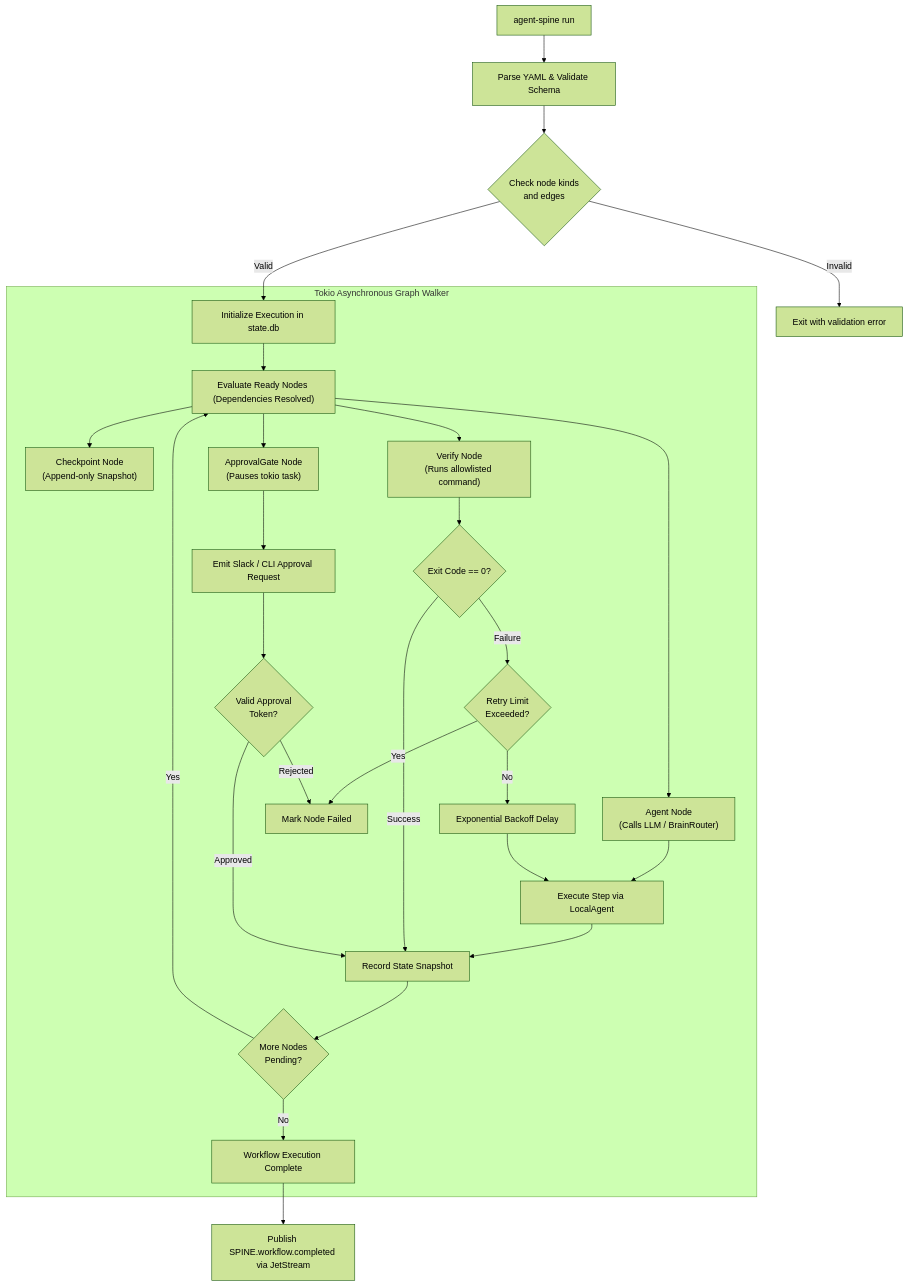
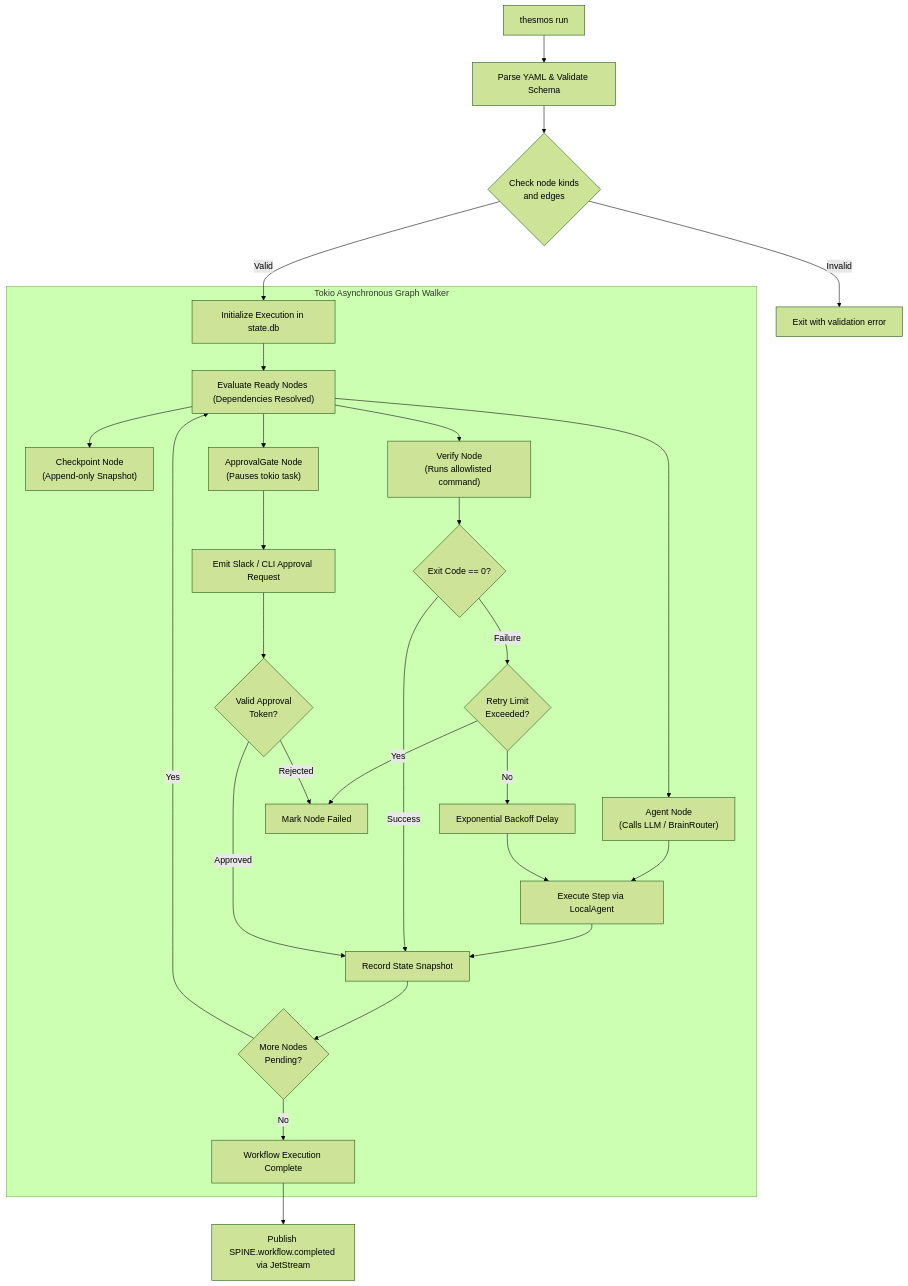
Before and after one commit to autonomic-ai-dev/agent-spine: the diagram in CONTEXT.md, drawn with Mermaid (forest theme). The commit also changed other lines of this file and 112 other files, not shown here.

First line of the commit message:
Rename agent-spine to thesmos and publish 1.1.0-rc2 (#62)

````diff
--- a/CONTEXT.md
+++ b/CONTEXT.md
@@ -29,36 +29,36 @@
 ```mermaid
 flowchart TD
-    RunCmd["agent-spine run <workflow.yaml>"] --> Parse["Parse YAML & Validate Schema"]
+    RunCmd["thesmos run <workflow.yaml>"] --> Parse["Parse YAML & Validate Schema"]
     Parse --> Validated{"Check node kinds<br>and edges"}
     Validated -->|Invalid| ErrExit["Exit with validation error"]
     Validated -->|Valid| InitState["Initialize Execution in state.db"]
 
     subgraph DAGExecution ["Tokio Asynchronous Graph Walker"]
         InitState --> Walk["Evaluate Ready Nodes (Dependencies Resolved)"]
         
         Walk --> AgentNode["Agent Node<br>(Calls LLM / BrainRouter)"]
         Walk --> CheckpointNode["Checkpoint Node<br>(Append-only Snapshot)"]
         Walk --> VerifyNode["Verify Node<br>(Runs allowlisted command)"]
         Walk --> GateNode["ApprovalGate Node<br>(Pauses tokio task)"]
         
         AgentNode --> ExecNode["Execute Step via LocalAgent"]
         ExecNode --> SaveSnap["Record State Snapshot"]
         
         VerifyNode --> CheckExit{"Exit Code == 0?"}
         CheckExit -->|Success| SaveSnap
         CheckExit -->|Failure| RetryPolicy{"Retry Limit<br>Exceeded?"}
         RetryPolicy -->|No| Backoff["Exponential Backoff Delay"] --> ExecNode
         RetryPolicy -->|Yes| FailStep["Mark Node Failed"]
         
         GateNode --> EmitAlert["Emit Slack / CLI Approval Request"]
         EmitAlert --> WaitToken{"Valid Approval<br>Token?"}
         WaitToken -->|Approved| SaveSnap
         WaitToken -->|Rejected| FailStep
         
         SaveSnap --> CheckComplete{"More Nodes<br>Pending?"}
         CheckComplete -->|Yes| Walk
         CheckComplete -->|No| FinishWork["Workflow Execution Complete"]
     end
 
     FinishWork --> CompletionNotify["Publish SPINE.workflow.completed via JetStream"]
 ```
````
